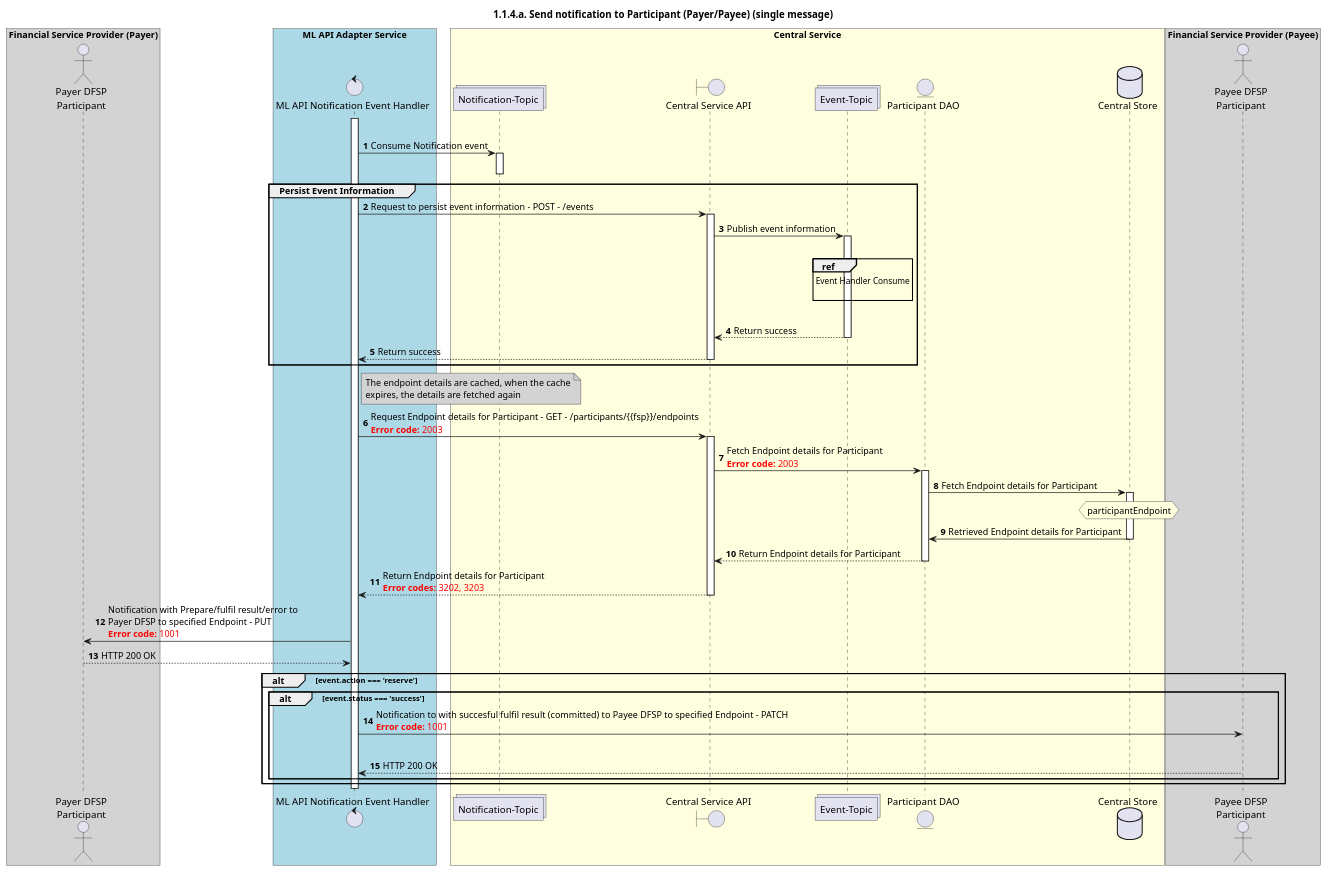
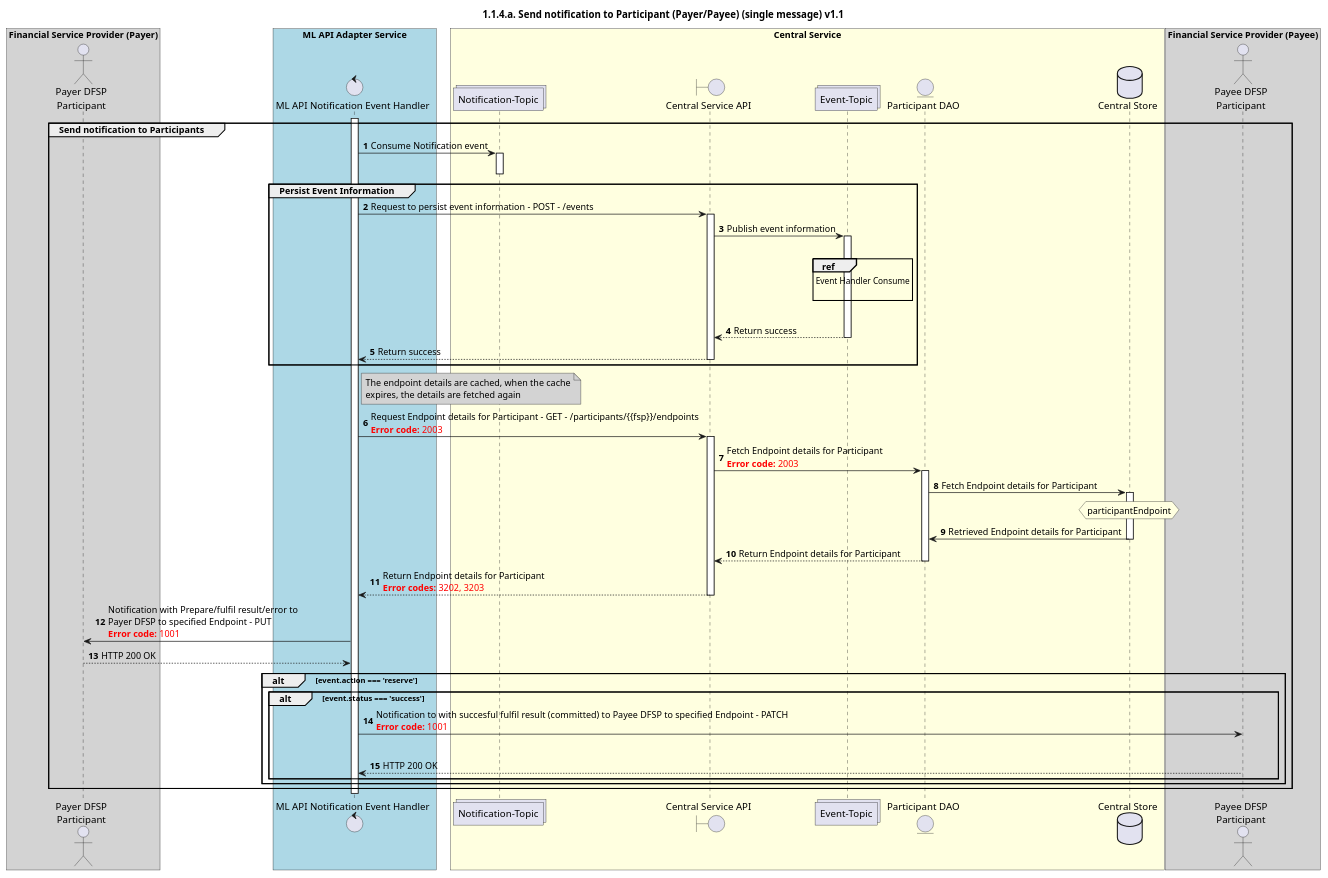
One commit to mojaloop/documentation changed the diagram in mojaloop-technical-overview/central-ledger/assets/diagrams/sequence/seq-prepare-1.1.4.a-v1.1.plantuml. Above: the diagram before and after it, drawn with PlantUML. The commit also changed 6 other files, not shown here.

```diff
--- a/mojaloop-technical-overview/central-ledger/assets/diagrams/sequence/seq-prepare-1.1.4.a-v1.1.plantuml
+++ b/mojaloop-technical-overview/central-ledger/assets/diagrams/sequence/seq-prepare-1.1.4.a-v1.1.plantuml
@@ -27,95 +27,96 @@
 @startuml
 ' declate title
-title 1.1.4.a. Send notification to Participant (Payer/Payee) (single message)
+title 1.1.4.a. Send notification to Participant (Payer/Payee) (single message) v1.1
 
 autonumber
 
 ' Actor Keys:
 '   actor - Payer DFSP, Payee DFSP
 '   boundary - APIs/Interfaces, etc
 '   collections - Kafka Topics
 '   control - Kafka Consumers
 '   entity - Database Access Objects
 '   database - Database Persistance Store
 
 ' declare actors
 actor "Payer DFSP\nParticipant" as PAYER_DFSP
 actor "Payee DFSP\nParticipant" as PAYEE_DFSP
 control "ML API Notification Event Handler" as NOTIFY_HANDLER
 boundary "Central Service API" as CSAPI
 collections "Notification-Topic" as TOPIC_NOTIFICATIONS
 collections "Event-Topic" as TOPIC_EVENTS
 entity "Participant DAO" as PARTICIPANT_DAO
 database "Central Store" as DB
 
 box "Financial Service Provider (Payer)" #lightGray
 	participant PAYER_DFSP
 end box
 
 box "ML API Adapter Service" #LightBlue
 	participant NOTIFY_HANDLER
 end box
 
 box "Central Service" #LightYellow
     participant TOPIC_NOTIFICATIONS
     participant CSAPI
     participant TOPIC_EVENTS
     participant PARTICIPANT_DAO
     participant DB
 end box
 
 box "Financial Service Provider (Payee)" #lightGray
 	participant PAYEE_DFSP
 end box
 
 ' start flow
 activate NOTIFY_HANDLER
 group Send notification to Participants
     TOPIC_NOTIFICATIONS <- NOTIFY_HANDLER: Consume Notification event
     activate TOPIC_NOTIFICATIONS
     deactivate TOPIC_NOTIFICATIONS
 
     group Persist Event Information
         NOTIFY_HANDLER -> CSAPI: Request to persist event information - POST - /events
         activate CSAPI
         CSAPI -> TOPIC_EVENTS: Publish event information
         activate TOPIC_EVENTS
         |||
         ref over TOPIC_EVENTS :  Event Handler Consume\n
         |||
         TOPIC_EVENTS --> CSAPI: Return success
         deactivate TOPIC_EVENTS
         CSAPI --> NOTIFY_HANDLER: Return success
         deactivate CSAPI
     end
     note right of NOTIFY_HANDLER #lightgray
         The endpoint details are cached, when the cache
         expires, the details are fetched again
     end note
     NOTIFY_HANDLER -> CSAPI: Request Endpoint details for Participant - GET - /participants/{{fsp}}/endpoints\n<color #FF0000><b>Error code:</b> 2003</color>
 
     activate CSAPI
     CSAPI -> PARTICIPANT_DAO: Fetch Endpoint details for Participant\n<color #FF0000><b>Error code:</b> 2003</color>
     activate PARTICIPANT_DAO
     PARTICIPANT_DAO -> DB: Fetch Endpoint details for Participant
     activate DB
     hnote over DB #lightyellow
         participantEndpoint
     end note
     DB -> PARTICIPANT_DAO: Retrieved Endpoint details for Participant
     deactivate DB
     PARTICIPANT_DAO --> CSAPI: Return Endpoint details for Participant
     deactivate PARTICIPANT_DAO
     CSAPI --> NOTIFY_HANDLER: Return Endpoint details for Participant\n<color #FF0000><b>Error codes:</b> 3202, 3203</color>
     deactivate CSAPI
     NOTIFY_HANDLER -> PAYER_DFSP: Notification with Prepare/fulfil result/error to \nPayer DFSP to specified Endpoint - PUT \n<color #FF0000><b>Error code:</b> 1001</color>
     NOTIFY_HANDLER <-- PAYER_DFSP: HTTP 200 OK 
     alt event.action === 'reserve'
         alt event.status === 'success'
         NOTIFY_HANDLER -> PAYEE_DFSP: Notification to with succesful fulfil result (committed) to Payee DFSP to specified Endpoint - PATCH \n<color #FF0000><b>Error code:</b> 1001</color>
         |||
-        NOTIFY_HANDLER <-- PAYEE_DFSP: HTTP 200 OK 
+        NOTIFY_HANDLER <-- PAYEE_DFSP: HTTP 200 OK
+        end 
     end
 end
 deactivate NOTIFY_HANDLER
 @enduml
```
